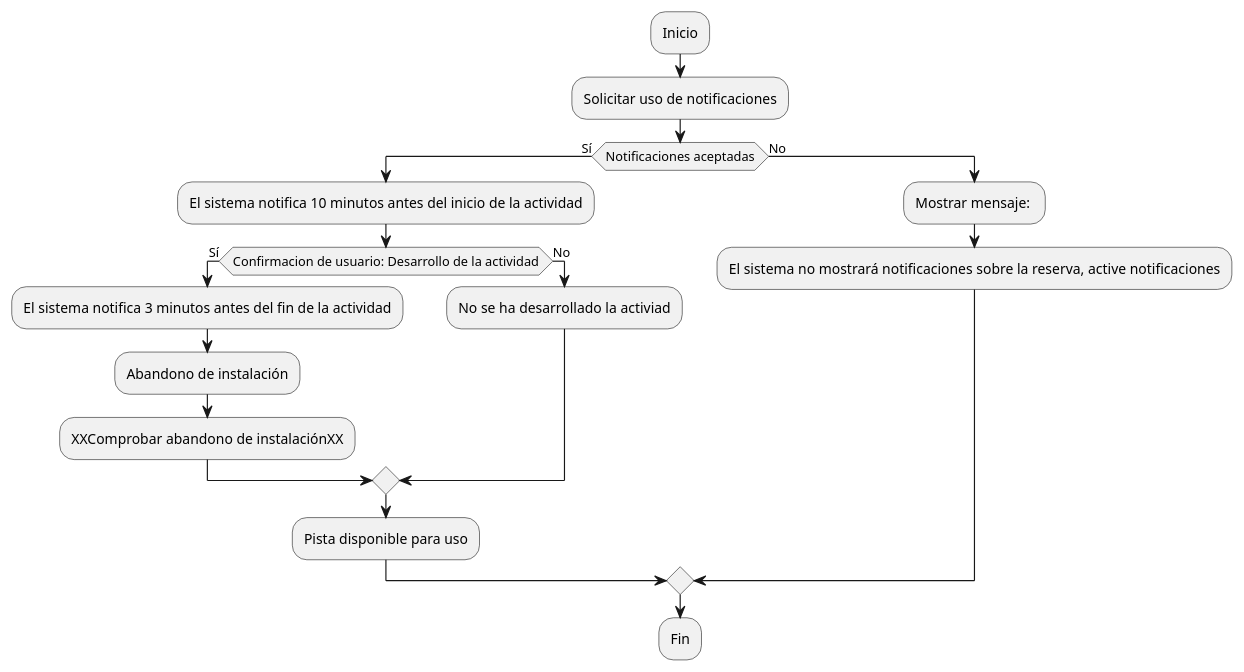
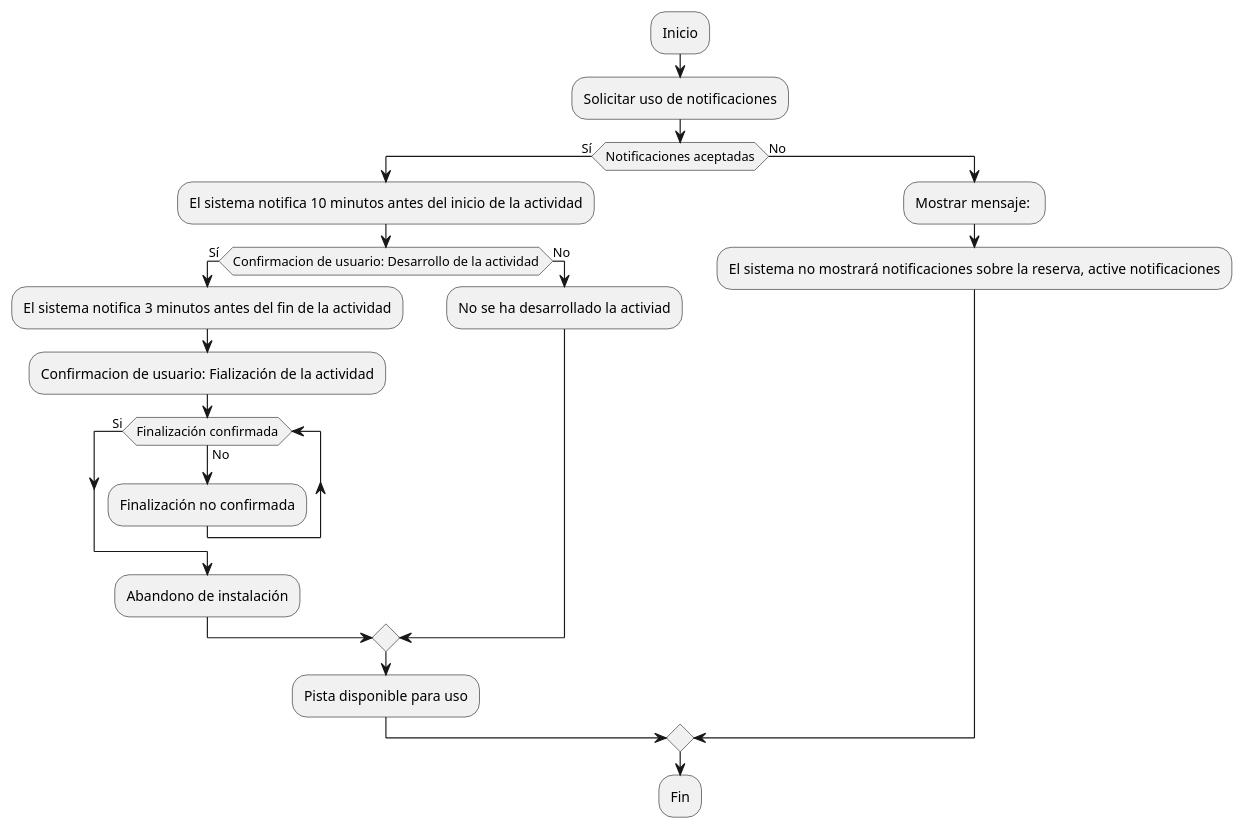
The diagram in CasosDeUso/Procesos/CduNotificar/diagramaDeFlujo.puml (pablarce/23-24-IdSw1-SDR), drawn with PlantUML before and after one commit. The commit also changed 4 other files, not shown here.

Commit message:
Diagramas de caso de uso Notificar

```diff
--- a/CasosDeUso/Procesos/CduNotificar/diagramaDeFlujo.puml
+++ b/CasosDeUso/Procesos/CduNotificar/diagramaDeFlujo.puml
@@ -1,24 +1,26 @@
 @startuml
 
 :Inicio;
 :Solicitar uso de notificaciones;
   if (Notificaciones aceptadas) then (Sí)
     :El sistema notifica 10 minutos antes del inicio de la actividad;
     if (Confirmacion de usuario: Desarrollo de la actividad) then (Sí)
       :El sistema notifica 3 minutos antes del fin de la actividad;
-      :Abandono de instalación;
-      :XXComprobar abandono de instalaciónXX;
-      
+      :Confirmacion de usuario: Fialización de la actividad;
+      while (Finalización confirmada) is (No)
+      :Finalización no confirmada;
+      endwhile (Si)
+        :Abandono de instalación;
     else (No)
       :No se ha desarrollado la activiad;
     endif
     :Pista disponible para uso;
   
   else (No)
     :Mostrar mensaje: ;
     :El sistema no mostrará notificaciones sobre la reserva, active notificaciones; 
   endif
   
 :Fin;
 
 @enduml
```
